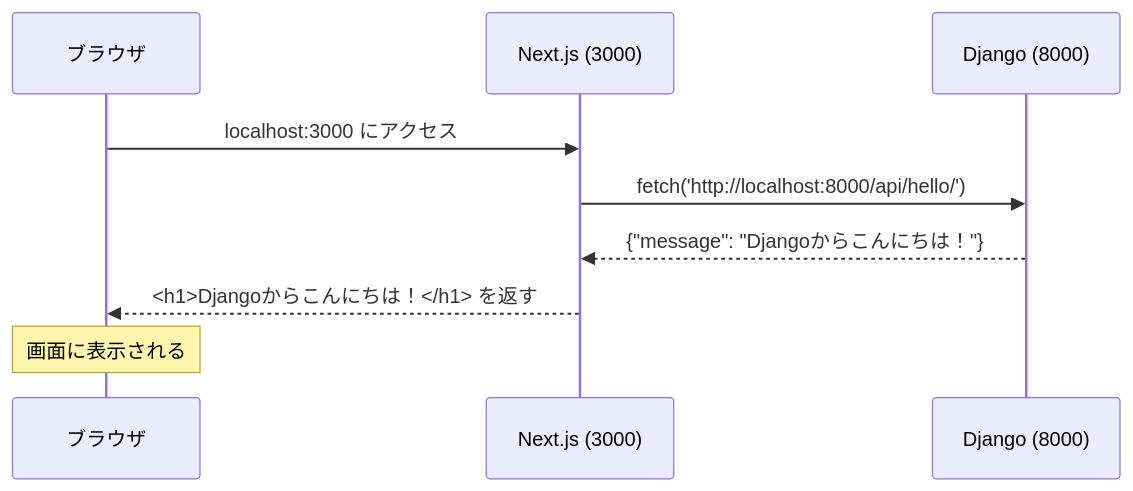
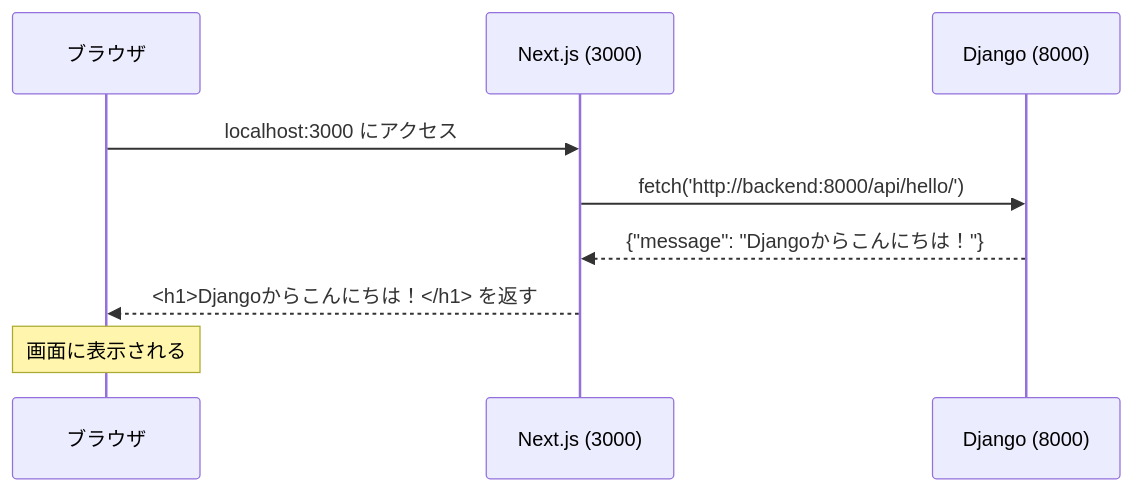
One commit to ot-nemoto/fullstack-web-development-workshop changed the diagram in chapters/03_はじめての全通.md. Above: the diagram before and after it, drawn with Mermaid. The commit also changed other lines of this file and 1 other file, not shown here.

First line of the commit message:
Fix app repo URL, docker-compose ports, and Server Component fetch URL

````diff
--- a/chapters/03_はじめての全通.md
+++ b/chapters/03_はじめての全通.md
@@ -162,12 +163,12 @@
 ```mermaid
 sequenceDiagram
     participant Browser as ブラウザ
     participant Next as Next.js (3000)
     participant Django as Django (8000)
 
     Browser->>Next: localhost:3000 にアクセス
-    Next->>Django: fetch('http://localhost:8000/api/hello/')
+    Next->>Django: fetch('http://backend:8000/api/hello/')
     Django-->>Next: {"message": "Djangoからこんにちは！"}
     Next-->>Browser: <h1>Djangoからこんにちは！</h1> を返す
     Note over Browser: 画面に表示される
 ```
````
